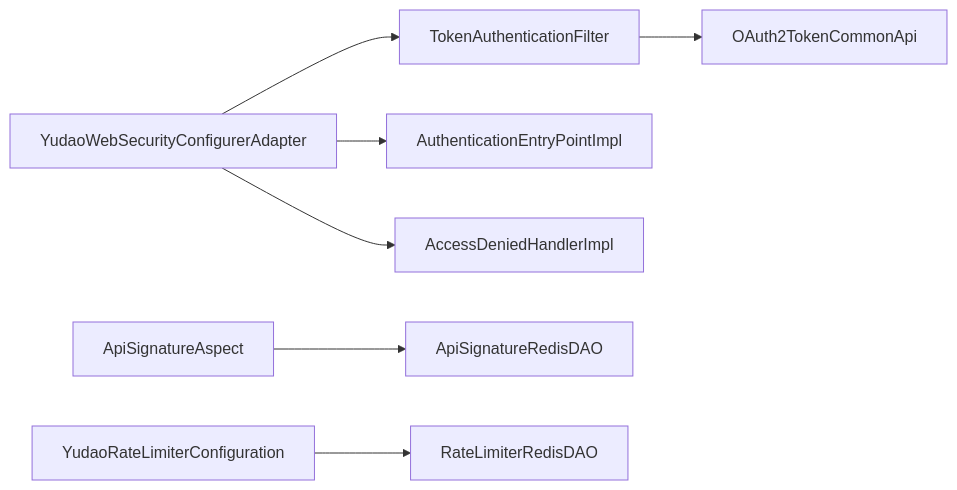
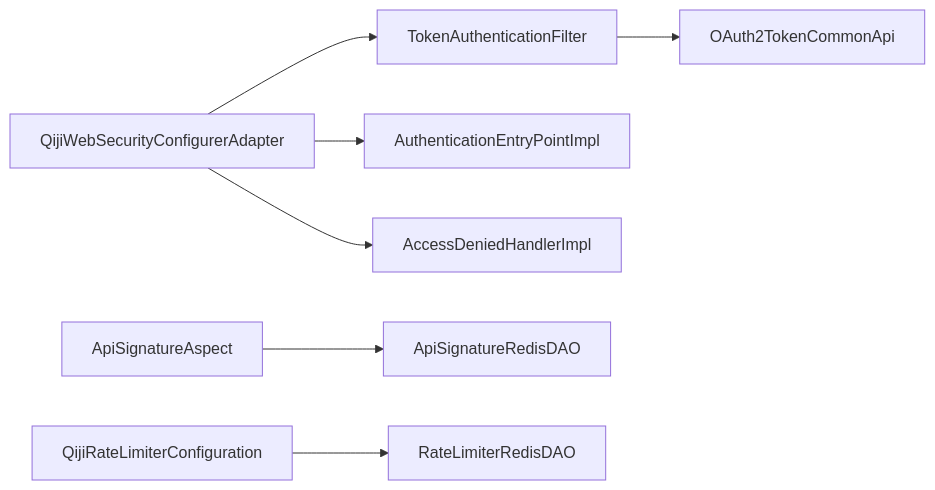
One commit to zhuangpengLI/AgenticCPS changed the sixth of 6 diagrams in backend/.qoder/repowiki/zh/content/安全与权限/API安全防护/API安全防护.md. Above: the diagram before and after it, drawn with Mermaid. The commit also changed other lines of this file and 3489 other files, not shown here.

````diff
--- a/backend/.qoder/repowiki/zh/content/安全与权限/API安全防护/API安全防护.md
+++ b/backend/.qoder/repowiki/zh/content/安全与权限/API安全防护/API安全防护.md
@@ -323,9 +323,9 @@
 ```mermaid
 graph LR
 TOK["TokenAuthenticationFilter"] --> OA["OAuth2TokenCommonApi"]
-ADAPTER["YudaoWebSecurityConfigurerAdapter"] --> TOK
+ADAPTER["QijiWebSecurityConfigurerAdapter"] --> TOK
 ADAPTER --> AUTH["AuthenticationEntryPointImpl"]
 ADAPTER --> DENY["AccessDeniedHandlerImpl"]
 SIG_AOP["ApiSignatureAspect"] --> SIG_REDIS["ApiSignatureRedisDAO"]
-RL_CFG["YudaoRateLimiterConfiguration"] --> RL_REDIS["RateLimiterRedisDAO"]
+RL_CFG["QijiRateLimiterConfiguration"] --> RL_REDIS["RateLimiterRedisDAO"]
 ```
````
